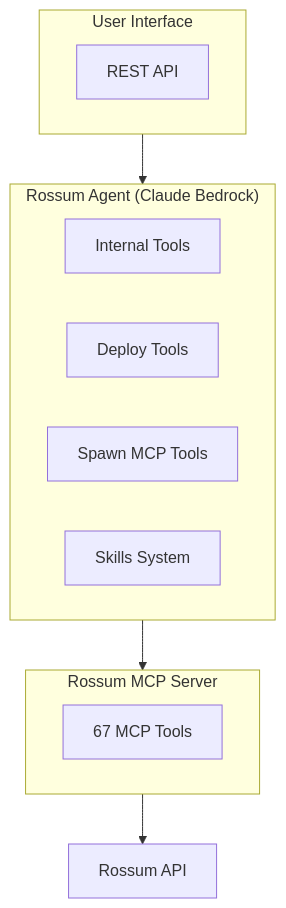
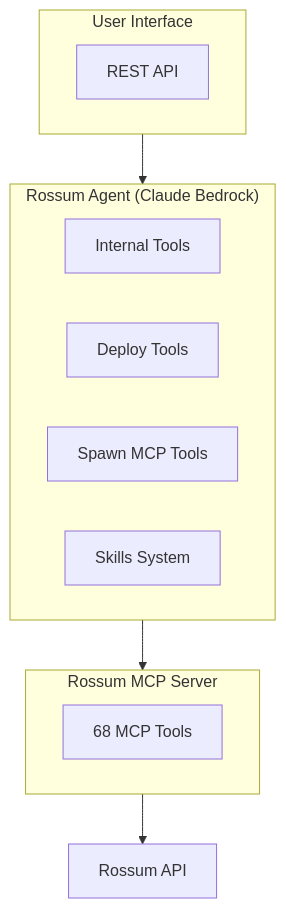
Before and after one commit to stancld/rossum-agents: the diagram in rossum-agent/README.md, drawn with Mermaid. The commit also changed other lines of this file and 11 other files, not shown here.

````diff
--- a/rossum-agent/README.md
+++ b/rossum-agent/README.md
@@ -191,23 +191,23 @@
 ```mermaid
 flowchart TB
     subgraph UI["User Interface"]
         A[REST API]
     end
 
     subgraph Agent["Rossum Agent (Claude Bedrock)"]
         IT[Internal Tools]
         DT[Deploy Tools]
         MT[Spawn MCP Tools]
         SK[Skills System]
     end
 
     subgraph MCP["Rossum MCP Server"]
-        Tools[67 MCP Tools]
+        Tools[68 MCP Tools]
     end
 
     API[Rossum API]
 
     UI --> Agent
     Agent --> MCP
     MCP --> API
 ```
````
